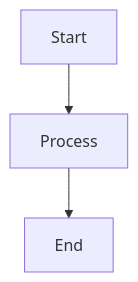
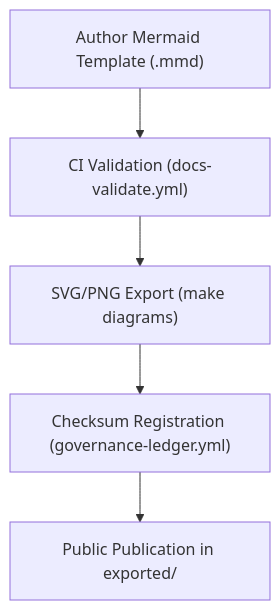
One commit to bartytime4life/Kansas-Frontier-Matrix changed the second of 3 diagrams in docs/architecture/diagrams/templates/README.md. Above: the diagram before and after it, drawn with Mermaid. The commit also changed other lines of this file, not shown here.

````diff
--- a/docs/architecture/diagrams/templates/README.md
+++ b/docs/architecture/diagrams/templates/README.md
@@ -175,9 +105,7 @@
 ```mermaid
-%%----------------------------------------------------------
-%% Kansas Frontier Matrix — Blank Mermaid Diagram Template
-%% License: CC-BY 4.0 | Author: KFM Team
-%%----------------------------------------------------------
 flowchart TD
-    A["Start"] --> B["Process"]
-    B --> C["End"]
+  A["Author Mermaid Template (.mmd)"] --> B["CI Validation (docs-validate.yml)"]
+  B --> C["SVG/PNG Export (make diagrams)"]
+  C --> D["Checksum Registration (governance-ledger.yml)"]
+  D --> E["Public Publication in exported/"]
 ```
````
